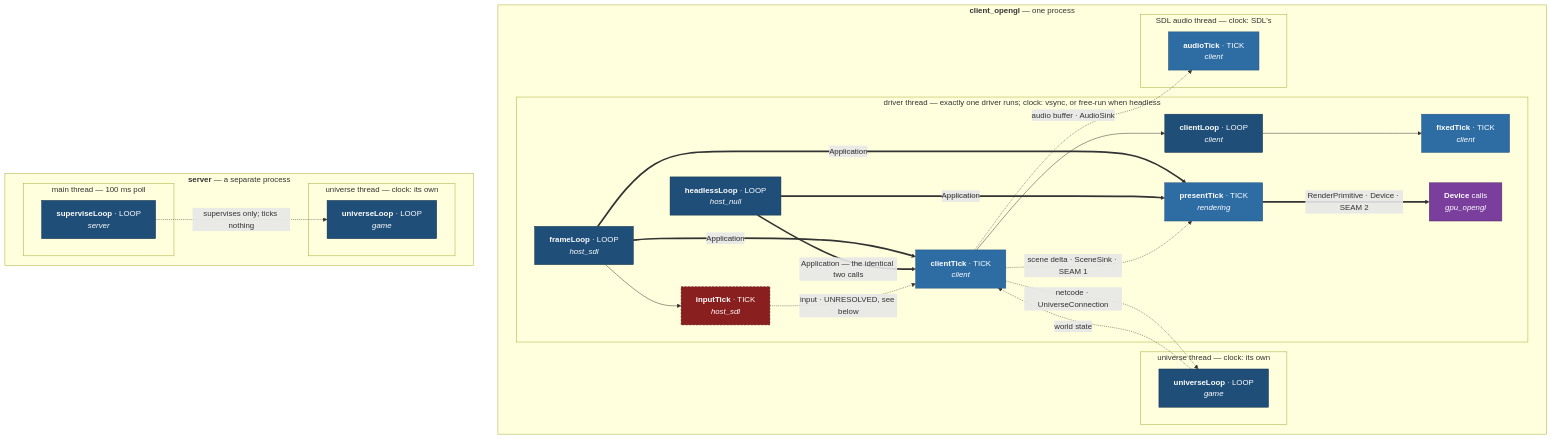
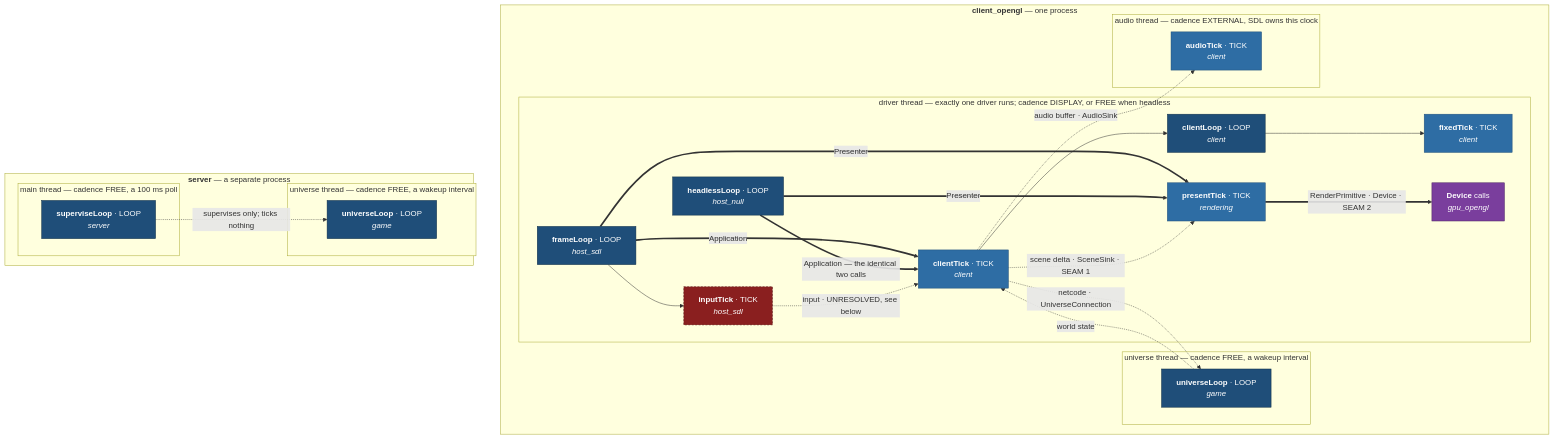
The third of 3 diagrams in docs/superpowers/specs/2026-08-01-sovereign-headless-client-design.md (apnex/OpenStarbound), drawn with Mermaid before and after one commit. The commit also changed other lines of this file, not shown here.

````diff
--- a/docs/superpowers/specs/2026-08-01-sovereign-headless-client-design.md
+++ b/docs/superpowers/specs/2026-08-01-sovereign-headless-client-design.md
@@ -1021,54 +1094,54 @@
 ```mermaid
 flowchart TD
   subgraph pclient ["<b>client_opengl</b> — one process"]
-    subgraph tdriver ["driver thread — exactly one driver runs; clock: vsync, or free-run when headless"]
+    subgraph tdriver ["driver thread — exactly one driver runs; cadence DISPLAY, or FREE when headless"]
       frameloop["<b>frameLoop</b> · LOOP<br/><i>host_sdl</i>"]
       headlessloop["<b>headlessLoop</b> · LOOP<br/><i>host_null</i>"]
       inputtick["<b>inputTick</b> · TICK<br/><i>host_sdl</i>"]
       clienttick["<b>clientTick</b> · TICK<br/><i>client</i>"]
       clientloop["<b>clientLoop</b> · LOOP<br/><i>client</i>"]
       fixedtick["<b>fixedTick</b> · TICK<br/><i>client</i>"]
       presenttick["<b>presentTick</b> · TICK<br/><i>rendering</i>"]
       device["<b>Device</b> calls<br/><i>gpu_opengl</i>"]
     end
-    subgraph tuniverse ["universe thread — clock: its own"]
+    subgraph tuniverse ["universe thread — cadence FREE, a wakeup interval"]
       universeloop["<b>universeLoop</b> · LOOP<br/><i>game</i>"]
     end
-    subgraph taudio ["SDL audio thread — clock: SDL's"]
+    subgraph taudio ["audio thread — cadence EXTERNAL, SDL owns this clock"]
       audiotick["<b>audioTick</b> · TICK<br/><i>client</i>"]
     end
   end
 
   subgraph pserver ["<b>server</b> — a separate process"]
-    subgraph tmain ["main thread — 100 ms poll"]
+    subgraph tmain ["main thread — cadence FREE, a 100 ms poll"]
       superviseloop["<b>superviseLoop</b> · LOOP<br/><i>server</i>"]
     end
-    subgraph tuniverse2 ["universe thread — clock: its own"]
+    subgraph tuniverse2 ["universe thread — cadence FREE, a wakeup interval"]
       universeloop2["<b>universeLoop</b> · LOOP<br/><i>game</i>"]
     end
   end
 
   frameloop --> inputtick
   frameloop ==>|Application| clienttick
-  frameloop ==>|Application| presenttick
+  frameloop ==>|Presenter| presenttick
   headlessloop ==>|Application — the identical two calls| clienttick
-  headlessloop ==>|Application| presenttick
+  headlessloop ==>|Presenter| presenttick
   clienttick --> clientloop
   clientloop --> fixedtick
   clienttick -.->|scene delta · SceneSink · SEAM 1| presenttick
   clienttick -.->|audio buffer · AudioSink| audiotick
   presenttick ==>|RenderPrimitive · Device · SEAM 2| device
   clienttick -.->|netcode · UniverseConnection| universeloop
   universeloop -.->|world state| clienttick
   inputtick -.->|input · UNRESOLVED, see below| clienttick
   superviseloop -.->|supervises only; ticks nothing| universeloop2
 
   classDef kLoop fill:#1f4e79,stroke:#0f2d46,color:#fff
   classDef kTick fill:#2e6da4,stroke:#1f4e79,color:#fff
   classDef kDev  fill:#7a3e9d,stroke:#4d2763,color:#fff
   classDef kGap  fill:#8a1f1f,stroke:#4d0f0f,color:#fff,stroke-dasharray:4 3
   class frameloop,headlessloop,clientloop,universeloop,universeloop2,superviseloop kLoop
   class clienttick,fixedtick,presenttick,audiotick kTick
   class device kDev
   class inputtick kGap
 ```
````
